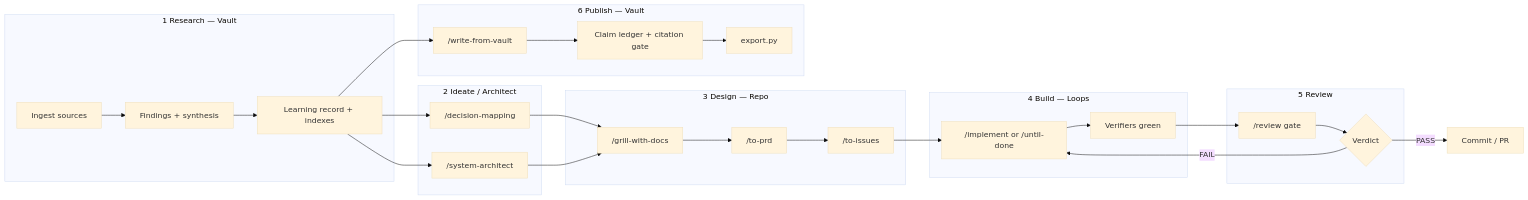
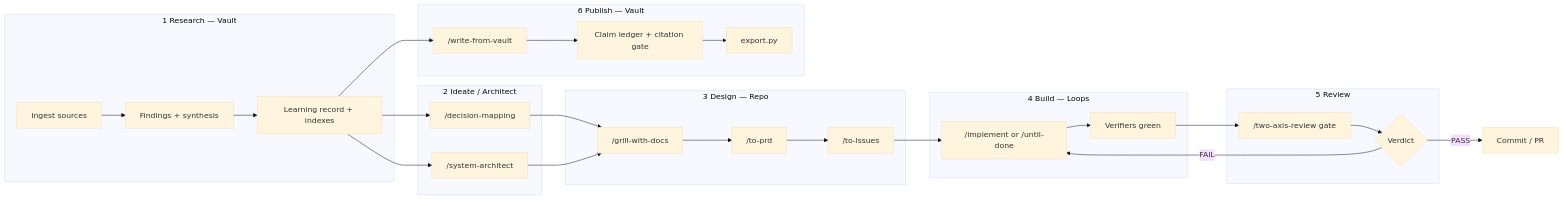
Before and after one commit to ChidiOkoene/optimal-brain: the diagram in docs/PLAYBOOK.md, drawn with Mermaid (base theme). The commit also changed other lines of this file and 27 other files, not shown here.

First line of the commit message:
Rename review -> two-axis-review (gstack collision), add WITH-GSTACK guide and validation script

````diff
--- a/docs/PLAYBOOK.md
+++ b/docs/PLAYBOOK.md
@@ -86,29 +86,29 @@
 ```mermaid
 flowchart LR
   subgraph research [1 Research — Vault]
     R1[Ingest sources] --> R2[Findings + synthesis] --> R3[Learning record + indexes]
   end
   subgraph ideate [2 Ideate / Architect]
     I1["/decision-mapping"]
     I2["/system-architect"]
   end
   subgraph design [3 Design — Repo]
     D1["/grill-with-docs"] --> D2["/to-prd"] --> D3["/to-issues"]
   end
   subgraph build [4 Build — Loops]
     B1["/implement or /until-done"] --> B2[Verifiers green]
   end
   subgraph review [5 Review]
-    V1["/review gate"] --> V2{Verdict}
+    V1["/two-axis-review gate"] --> V2{Verdict}
   end
   subgraph publish [6 Publish — Vault]
     P1["/write-from-vault"] --> P2[Claim ledger + citation gate] --> P3[export.py]
   end
   R3 --> I1 & I2
   I1 & I2 --> D1
   D3 --> B1
   B2 --> V1
   V2 -- FAIL --> B1
   V2 -- PASS --> C[Commit / PR]
   R3 --> P1
 ```
````
